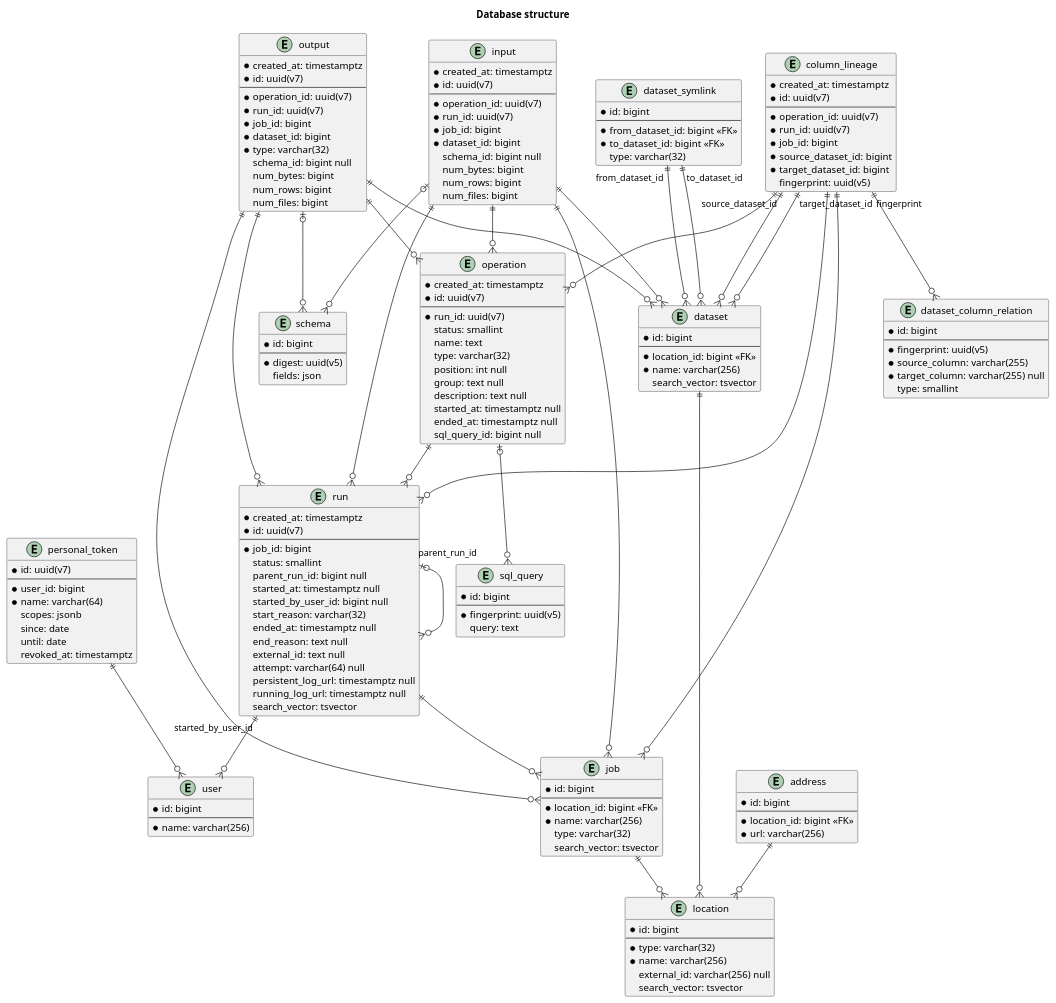
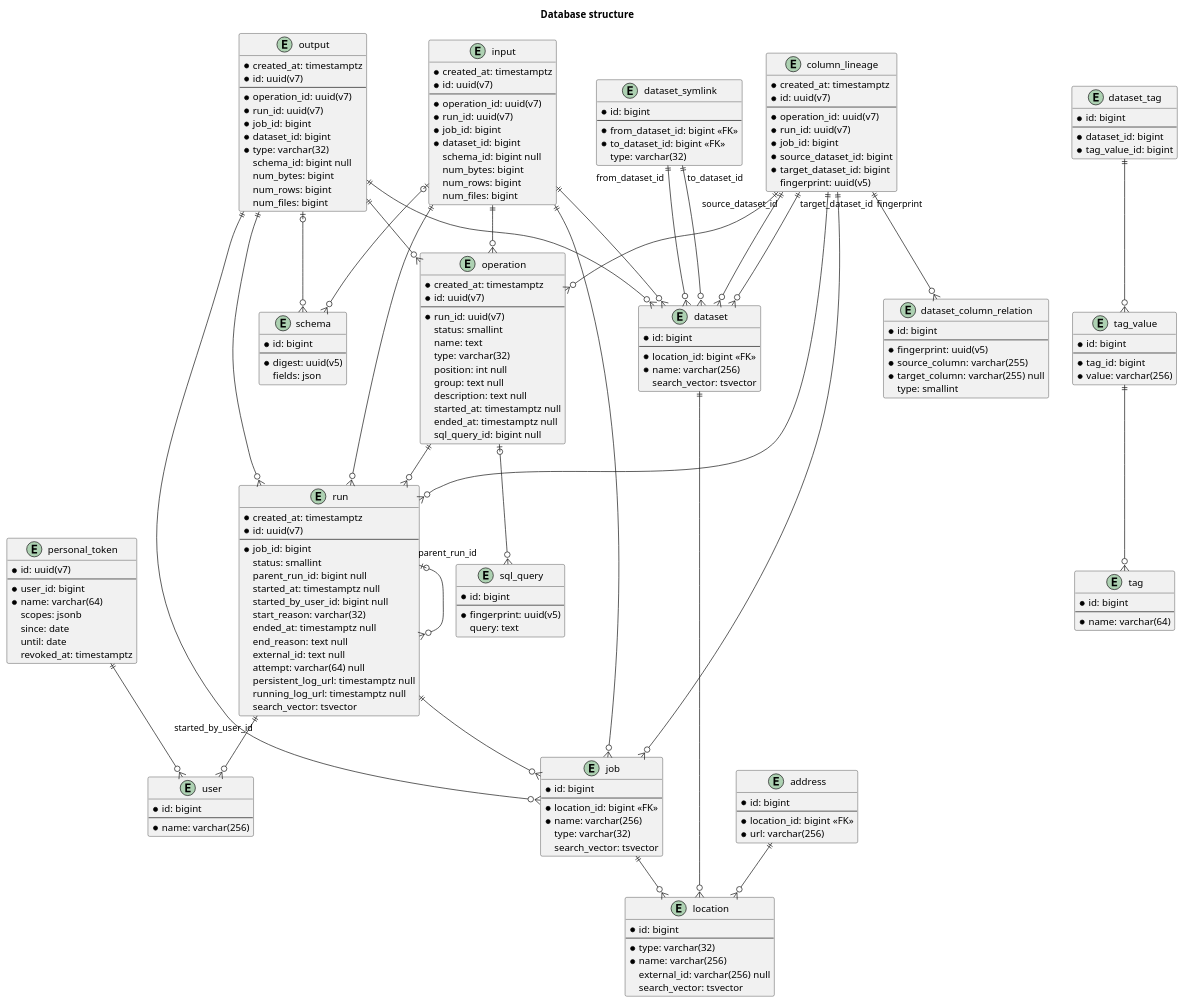
The diagram in docs/reference/database/structure.rst (MobileTeleSystems/data-rentgen), drawn with PlantUML before and after one commit. The commit also changed 1 other file, not shown here.

Commit message:
[DOP-28075] Add dataset tags to entities documentation

```diff
--- a/docs/reference/database/structure.rst
+++ b/docs/reference/database/structure.rst
@@ -156,6 +156,26 @@
         fingerprint: uuid(v5)
     }
 
+    entity tag {
+        * id: bigint
+        ----
+        * name: varchar(64)
+    }
+
+    entity tag_value {
+        * id: bigint
+        ----
+        * tag_id: bigint
+        * value: varchar(256)
+    }
+
+    entity dataset_tag {
+        * id: bigint
+        ----
+        * dataset_id: bigint
+        * tag_value_id: bigint
+    }
+
     entity personal_token {
         * id: uuid(v7)
         ----
@@ -201,6 +221,9 @@
     column_lineage "target_dataset_id" ||--o{ dataset
     column_lineage "fingerprint" ||--o{ dataset_column_relation
 
+    tag_value ||--o{ tag
+    dataset_tag ||--o{ tag_value
+
     personal_token ||--o{ user
 
     @enduml
```
